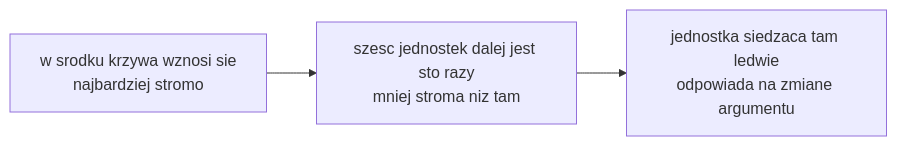
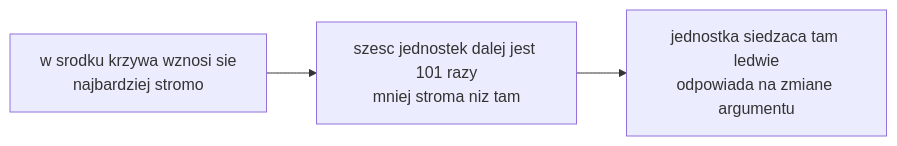
The diagram in figures/mermaid/pl/f07-saturation.mmd (konradcinkusz/math-for-ai-engineers), drawn with Mermaid before and after one commit. The commit also changed 24 other files, not shown here.

```diff
--- a/figures/mermaid/pl/f07-saturation.mmd
+++ b/figures/mermaid/pl/f07-saturation.mmd
@@ -1,4 +1,4 @@
 flowchart LR
   A["w srodku krzywa wznosi sie<br/>najbardziej stromo"]
-  A --> B["szesc jednostek dalej jest sto razy<br/>mniej stroma niz tam"]
+  A --> B["szesc jednostek dalej jest 101 razy<br/>mniej stroma niz tam"]
   B --> C["jednostka siedzaca tam ledwie<br/>odpowiada na zmiane argumentu"]
```
